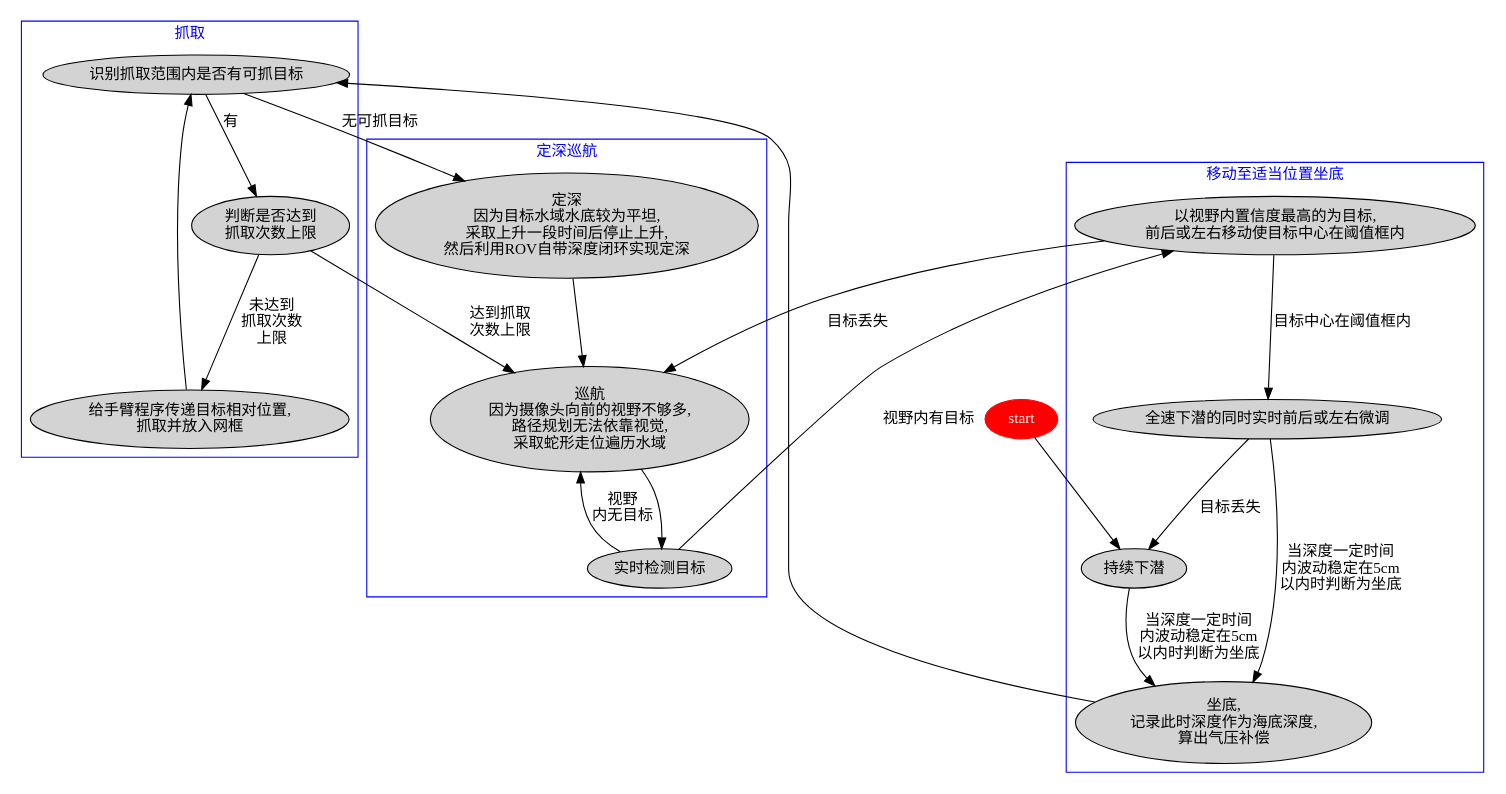
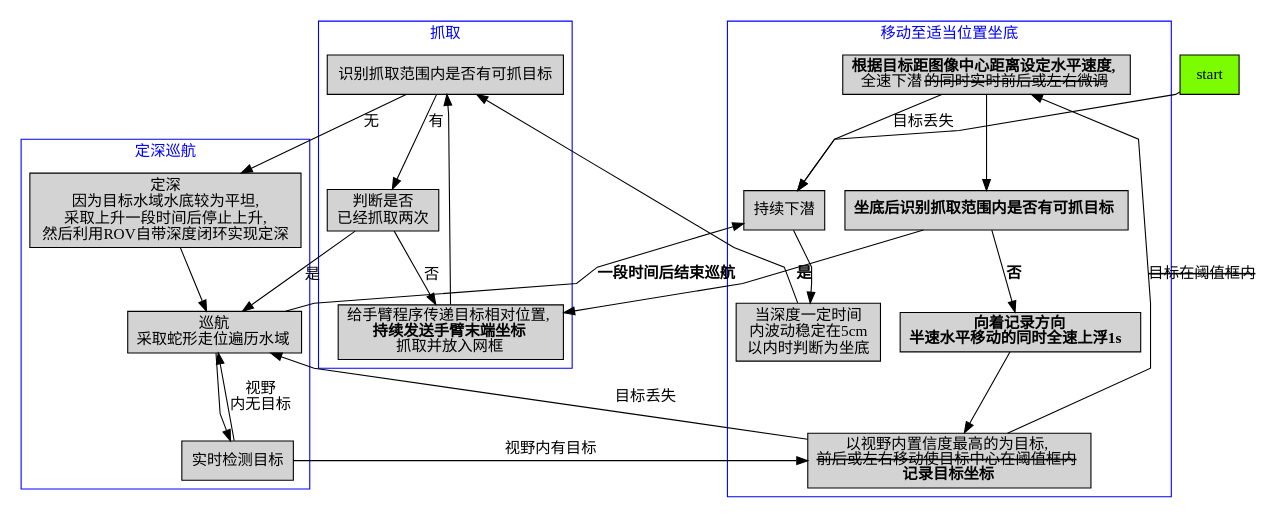
Before and after one commit to LeoJhonSong/Soft-Robotic-ROV: the diagram in doc/抓取流程.dot, drawn with Graphviz. The commit also changed 1 other file, not shown here.

Commit message:
docs: update control flow graph

```diff
--- a/doc/抓取流程.dot
+++ b/doc/抓取流程.dot
@@ -1,49 +1,56 @@
 digraph G {
-
+  splines=polyline
+  node [shape=box]
   subgraph cluster_dive {
     node [style=filled;]
     x[label="持续下潜"]
-    x -> a[label="当深度一定时间\n内波动稳定在5cm\n以内时判断为坐底"]
-    a[label="坐底,\n记录此时深度作为海底深度,\n算出气压补偿"]
-    b[label="以视野内置信度最高的为目标,\n前后或左右移动使目标中心在阈值框内"]
+    x -> a
+    a[label="当深度一定时间\n内波动稳定在5cm\n以内时判断为坐底"]
+    b[label=<以视野内置信度最高的为目标,<br/><s>前后或左右移动使目标中心在阈值框内</s><br/><b>记录目标坐标</b>>]
     y -> x[label="目标丢失"]
-    y[label="全速下潜的同时实时前后或左右微调"]
-    b -> y[label="目标中心在阈值框内"]
-    y -> a[label="当深度一定时间\n内波动稳定在5cm\n以内时判断为坐底"]
+    y[label=<<b>根据目标距图像中心距离设定水平速度,<br/></b>全速下潜<s>的同时实时前后或左右微调</s>>]
+    b -> y[label=<<s>目标在阈值框内</s>>]
+    y -> g
+    g[label=<<b>坐底后识别抓取范围内是否有可抓目标</b>>]
+    g -> k[label=<<b>否</b>>]
+    k[label=<<b>向着记录方向<br/>半速水平移动的同时全速上浮1s</b>>]
+    k -> b
     fontcolor = "blue"
     label = "移动至适当位置坐底";
     color=blue
   }
   subgraph cluster_curise {
     node [style=filled]
-    c[label="巡航\n因为摄像头向前的视野不够多,\n路径规划无法依靠视觉,\n采取蛇形走位遍历水域"]
+    c[label=<巡航<br/>采取蛇形走位遍历水域>]
     d[label="定深\n因为目标水域水底较为平坦,\n采取上升一段时间后停止上升,\n然后利用ROV自带深度闭环实现定深"]
     d -> c
     l[label="实时检测目标"]
     l -> c[label="视野\n内无目标"]
     c -> l
     l -> b[label="视野内有目标"]
     fontcolor = "blue"
     label = "定深巡航";
     color=blue
   }
   subgraph cluster_grasp {
     node [style=filled];
     a -> f
-    e[label="给手臂程序传递目标相对位置,\n抓取并放入网框"]
+    e[label=<给手臂程序传递目标相对位置,<br/><b>持续发送手臂末端坐标</b><br/>抓取并放入网框>]
     f[label="识别抓取范围内是否有可抓目标"]
-    i[label="判断是否达到\n抓取次数上限"]
+    i[label="判断是否\n已经抓取两次"]
     f -> i[label="有"]
     e-> f
-    i -> e[label="未达到\n抓取次数\n上限"]
+    i -> e[label="否"]
     fontcolor = "blue"
     label = "抓取"
     color=blue
   }
   start -> x
-  f -> d[label="无可抓目标"]
+  f -> d[label="无"]
   b -> c[label="目标丢失"]
-  i -> c[label="达到抓取\n次数上限"]
+  i -> c[label="是"]
+  g -> e[label=<<b>是</b>>]
+  c -> x[label=<<b>一段时间后结束巡航</b>>]
 
-  start [style="filled"; color="red"; fontcolor="white";];
+  start [style="filled"; fillcolor="lawngreen" color=black];
 }
```
